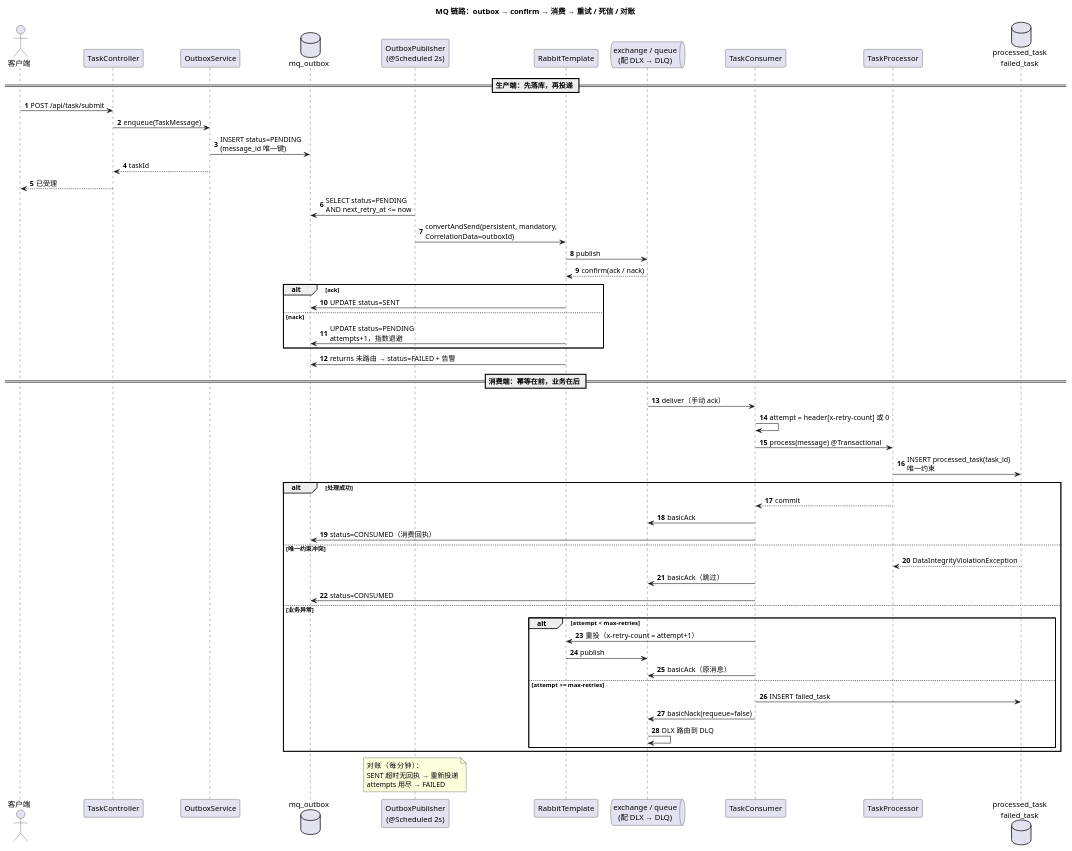
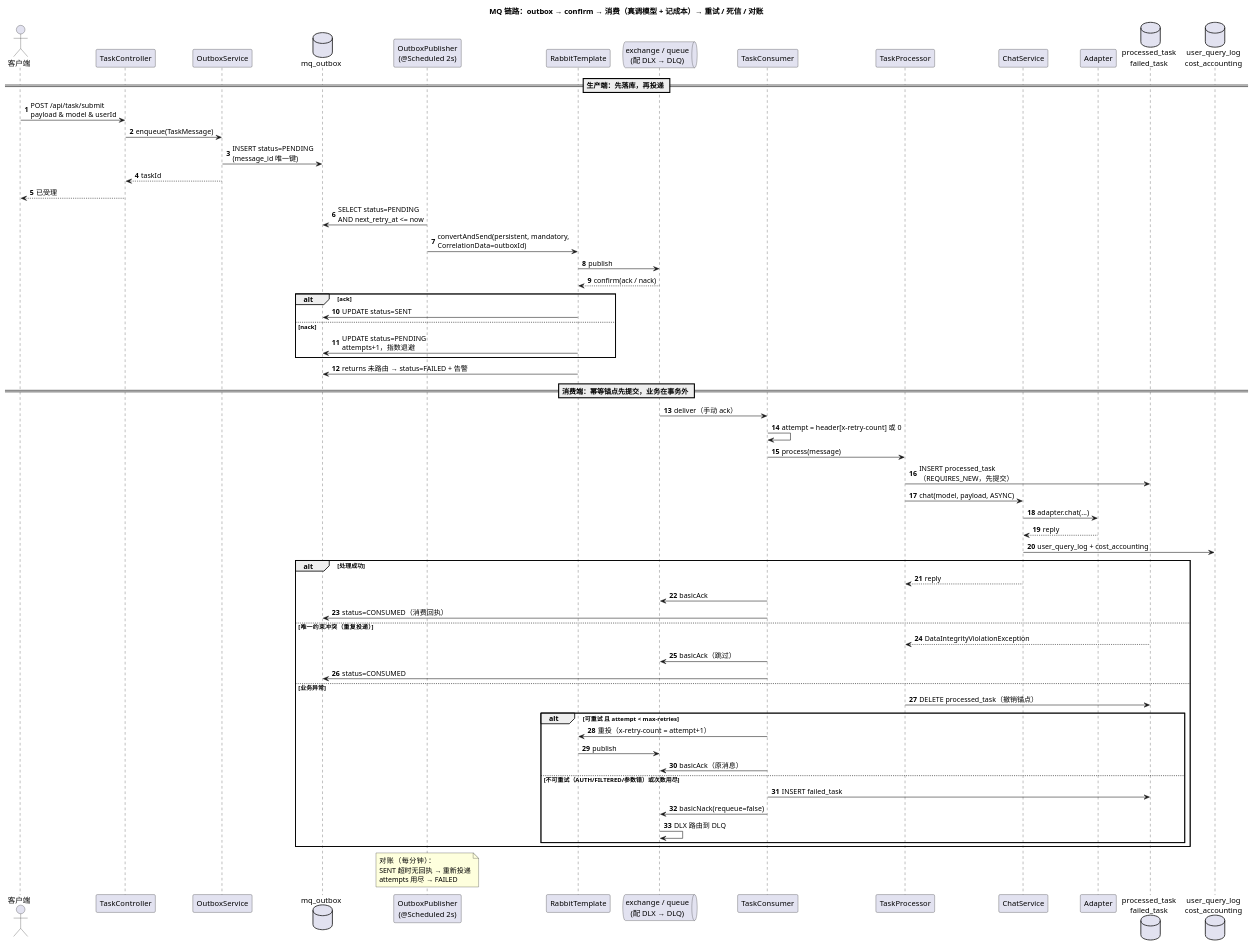
One commit to qkainan/maibao-technology-application changed the diagram in docs/diagrams/mq-sequence.puml. Above: the diagram before and after it, drawn with PlantUML. The commit also changed 14 other files, not shown here.

```diff
--- a/docs/diagrams/mq-sequence.puml
+++ b/docs/diagrams/mq-sequence.puml
@@ -1,64 +1,73 @@
 @startuml mq-sequence
-title MQ 链路：outbox → confirm → 消费 → 重试 / 死信 / 对账
+title MQ 链路：outbox → confirm → 消费（真调模型 + 记成本）→ 重试 / 死信 / 对账
 skinparam defaultFontName "Microsoft YaHei"
 skinparam shadowing false
 skinparam sequenceMessageAlign left
 skinparam responseMessageBelowArrow true
 autonumber
 
 actor 客户端
 participant "TaskController" as TC
 participant "OutboxService" as OS
 database "mq_outbox" as OB
 participant "OutboxPublisher\n(@Scheduled 2s)" as OP
 participant "RabbitTemplate" as RT
 queue "exchange / queue\n(配 DLX → DLQ)" as MQ
 participant "TaskConsumer" as CS
 participant "TaskProcessor" as TP
+participant "ChatService" as CHAT
+participant "Adapter" as AD
 database "processed_task\nfailed_task" as DB
+database "user_query_log\ncost_accounting" as USAGE
 
 == 生产端：先落库，再投递 ==
-客户端 -> TC : POST /api/task/submit
+客户端 -> TC : POST /api/task/submit\npayload & model & userId
 TC -> OS : enqueue(TaskMessage)
 OS -> OB : INSERT status=PENDING\n(message_id 唯一键)
 OS --> TC : taskId
 TC --> 客户端 : 已受理
 
 OP -> OB : SELECT status=PENDING\nAND next_retry_at <= now
 OP -> RT : convertAndSend(persistent, mandatory,\nCorrelationData=outboxId)
 RT -> MQ : publish
 MQ --> RT : confirm(ack / nack)
 alt ack
   RT -> OB : UPDATE status=SENT
 else nack
   RT -> OB : UPDATE status=PENDING\nattempts+1，指数退避
 end
 RT -> OB : returns 未路由 → status=FAILED + 告警
 
-== 消费端：幂等在前，业务在后 ==
+== 消费端：幂等锚点先提交，业务在事务外 ==
 MQ -> CS : deliver（手动 ack）
 CS -> CS : attempt = header[x-retry-count] 或 0
-CS -> TP : process(message) @Transactional
-TP -> DB : INSERT processed_task(task_id)\n唯一约束
+CS -> TP : process(message)
+TP -> DB : INSERT processed_task\n（REQUIRES_NEW，先提交）
+TP -> CHAT : chat(model, payload, ASYNC)
+CHAT -> AD : adapter.chat(...)
+AD --> CHAT : reply
+CHAT -> USAGE : user_query_log + cost_accounting
+
 alt 处理成功
-  TP --> CS : commit
+  CHAT --> TP : reply
   CS -> MQ : basicAck
   CS -> OB : status=CONSUMED（消费回执）
-else 唯一约束冲突
+else 唯一约束冲突（重复投递）
   DB --> TP : DataIntegrityViolationException
   CS -> MQ : basicAck（跳过）
   CS -> OB : status=CONSUMED
 else 业务异常
-  alt attempt < max-retries
+  TP -> DB : DELETE processed_task（撤销锚点）
+  alt 可重试 且 attempt < max-retries
     CS -> RT : 重投（x-retry-count = attempt+1）
     RT -> MQ : publish
     CS -> MQ : basicAck（原消息）
-  else attempt >= max-retries
+  else 不可重试（AUTH/FILTERED/参数错）或次数用尽
     CS -> DB : INSERT failed_task
     CS -> MQ : basicNack(requeue=false)
     MQ -> MQ : DLX 路由到 DLQ
   end
 end
 
 note over OP : 对账（每分钟）：\nSENT 超时无回执 → 重新投递\nattempts 用尽 → FAILED
 @enduml
```
